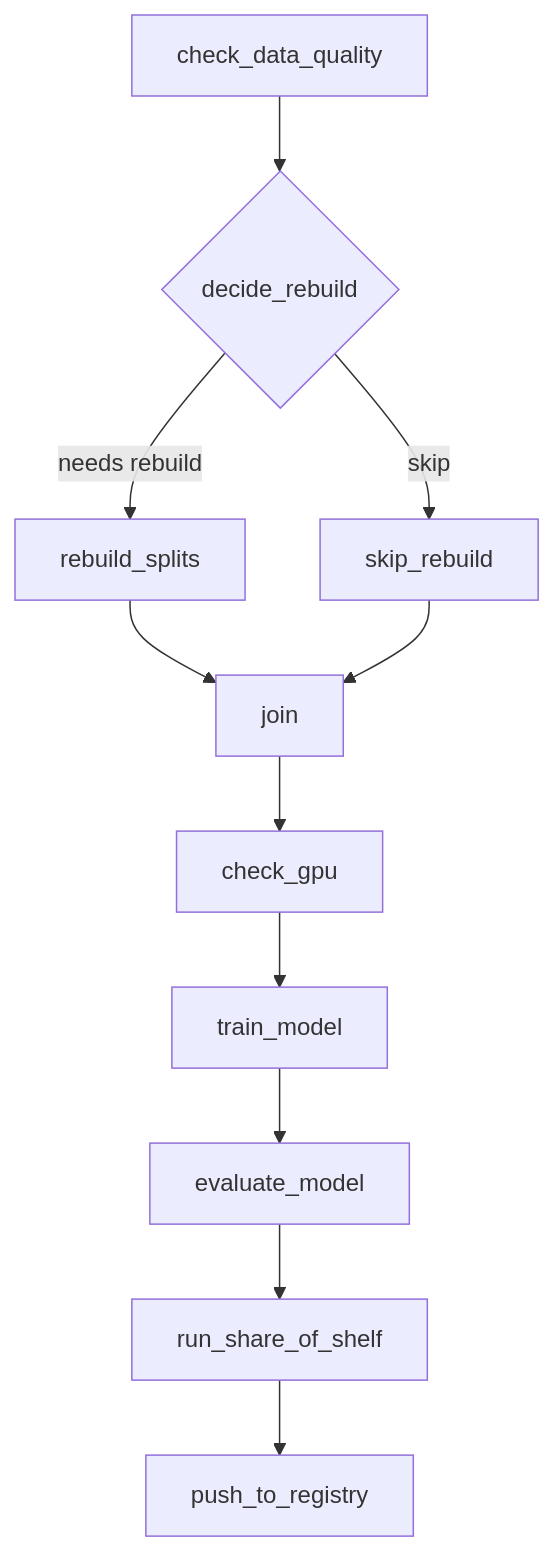
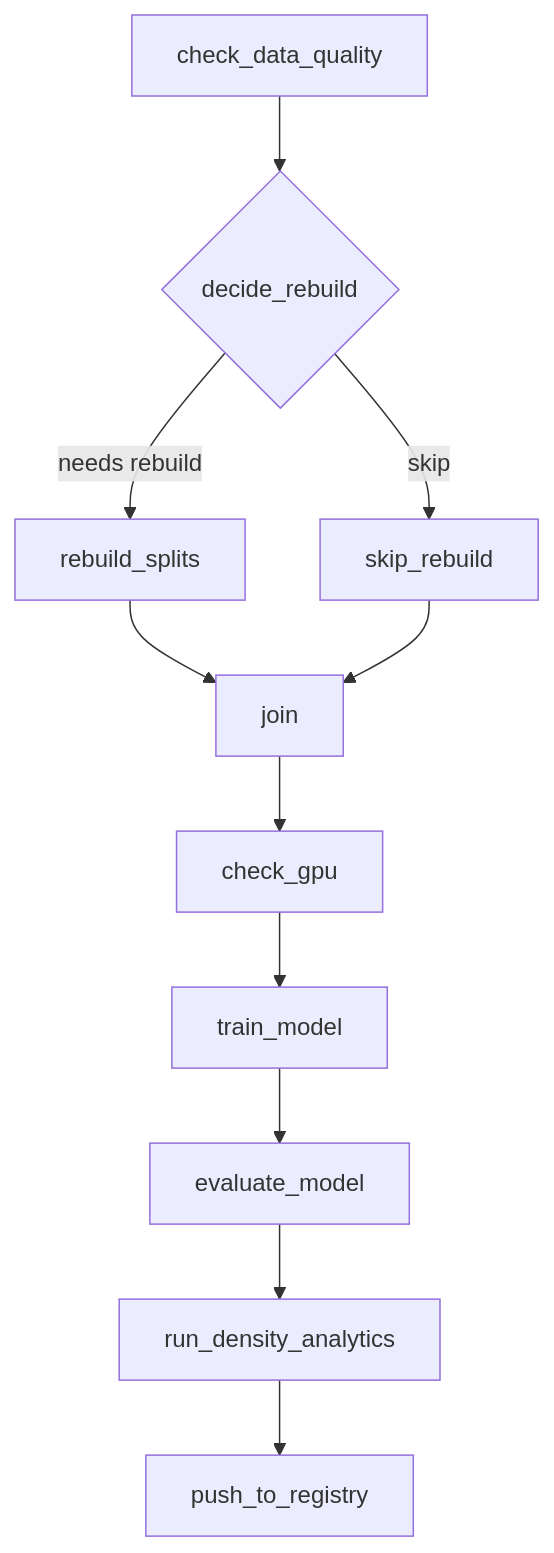
Before and after one commit to navid1111/Drone_human_detection_and_count_system: the diagram in README.md, drawn with Mermaid. The commit also changed other lines of this file and 6 other files, not shown here.

````diff
--- a/README.md
+++ b/README.md
@@ -160,13 +160,13 @@
 ```mermaid
 flowchart TD
     A[check_data_quality] --> B{decide_rebuild}
     B -->|needs rebuild| C[rebuild_splits]
     B -->|skip| D[skip_rebuild]
     C --> E[join]
     D --> E
     E --> F[check_gpu]
     F --> G[train_model]
     G --> H[evaluate_model]
-    H --> I[run_share_of_shelf]
+    H --> I[run_density_analytics]
     I --> J[push_to_registry]
 ```
````
